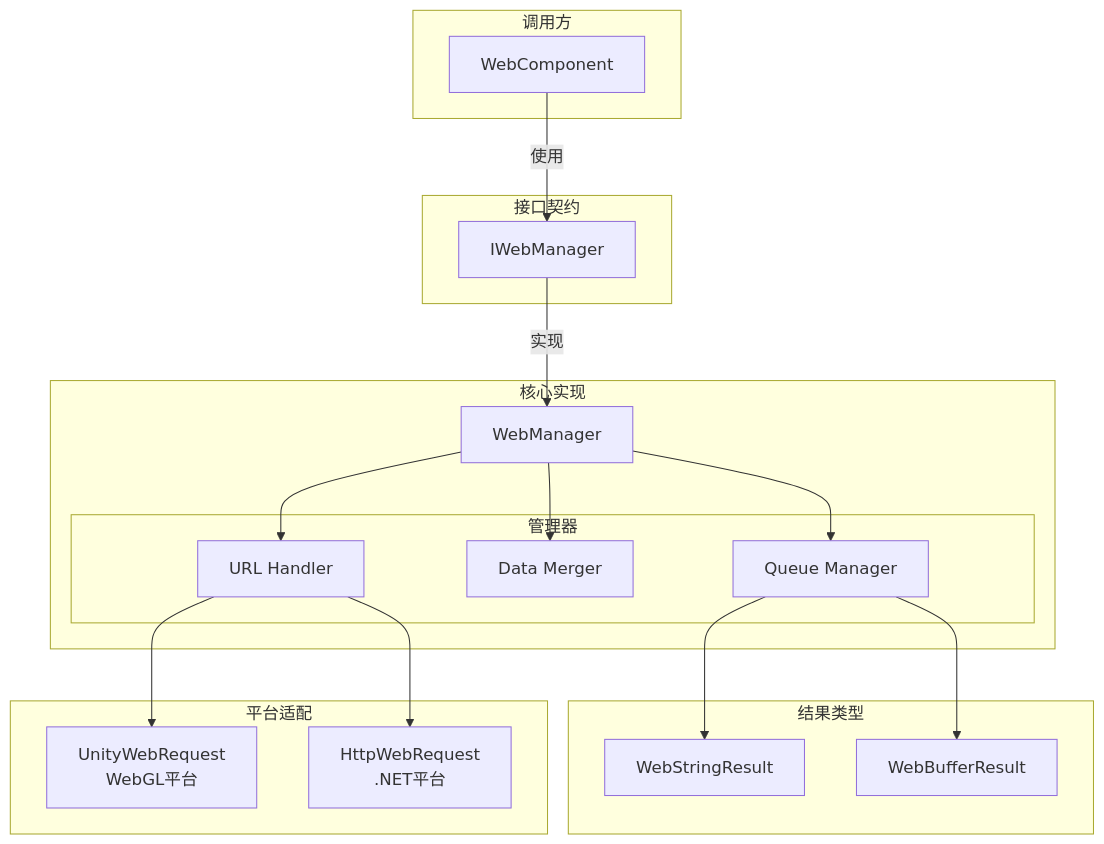
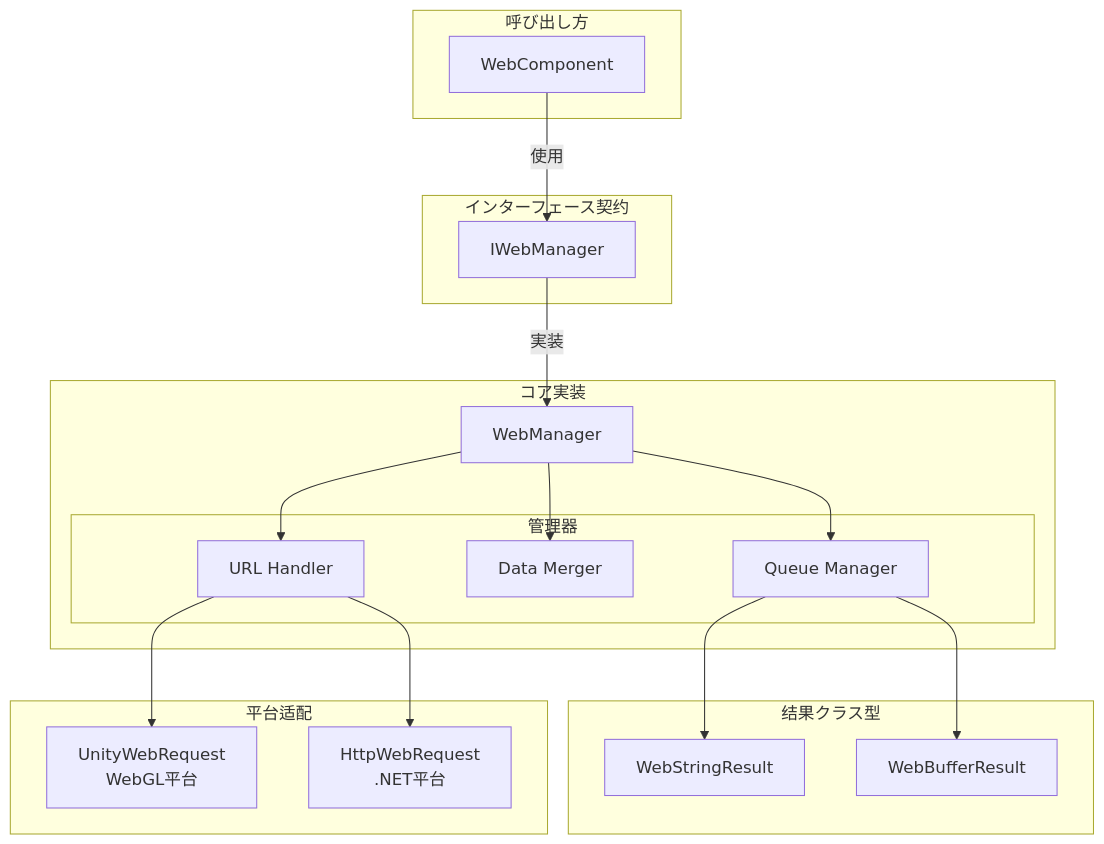
The first of 2 diagrams in docs/ja/client/unity/component/web/04.iwebmanager-interface.md (AlianBlank/GameFrameX.Docs), drawn with Mermaid before and after one commit. The commit also changed other lines of this file and 603 other files, not shown here.

````diff
--- a/docs/ja/client/unity/component/web/04.iwebmanager-interface.md
+++ b/docs/ja/client/unity/component/web/04.iwebmanager-interface.md
@@ -23,39 +23,39 @@
 ```mermaid
 graph TD
-    subgraph Client["调用方"]
+    subgraph Client["呼び出し方"]
         UC[WebComponent]
     end
     
-    subgraph Contract["接口契约"]
+    subgraph Contract["インターフェース契约"]
         IM[IWebManager]
     end
     
-    subgraph Core["核心实现"]
+    subgraph Core["コア実装"]
         WM[WebManager]
         subgraph Manager["管理器"]
             Q[Queue Manager]
             M[Data Merger]
             UH[URL Handler]
         end
     end
     
-    subgraph Result["结果类型"]
+    subgraph Result["结果クラス型"]
         WSR[WebStringResult]
         WBR[WebBufferResult]
     end
     
     subgraph Platform["平台适配"]
         UWR[UnityWebRequest<br/>WebGL平台]
         HWR[HttpWebRequest<br/>.NET平台]
     end
     
     UC -->|使用| IM
-    IM -->|实现| WM
+    IM -->|実装| WM
     WM --> Q
     WM --> M
     WM --> UH
     Q --> WSR
     Q --> WBR
     UH --> UWR
     UH --> HWR
 ```
````
